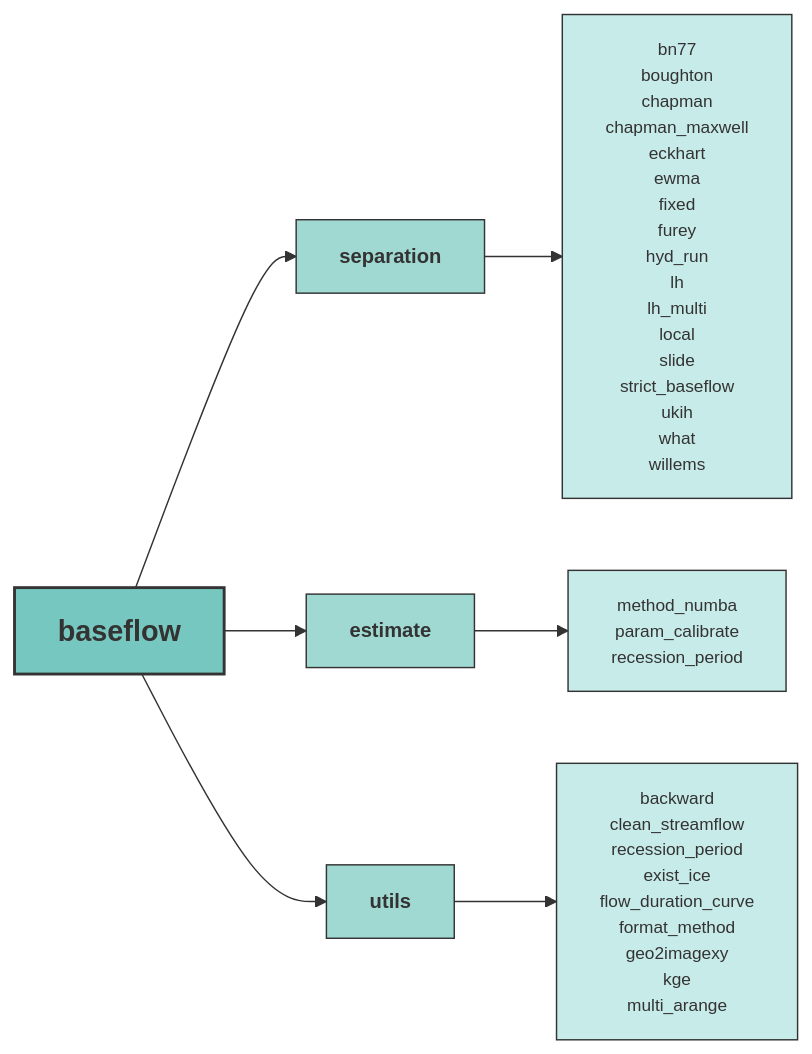
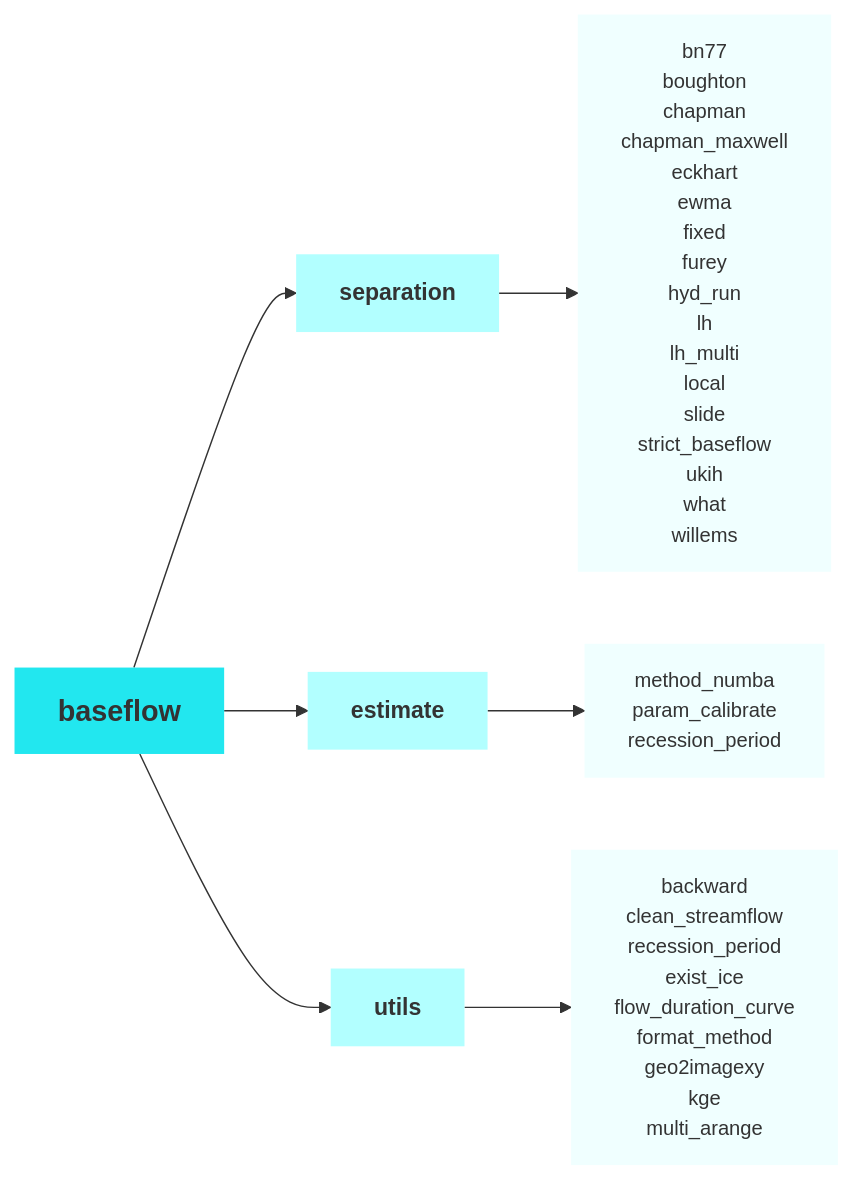
One commit to BYU-Hydroinformatics/baseflow changed the diagram in docs/index.md. Above: the diagram before and after it, drawn with Mermaid.

Commit message:
change the color of the flowchart again

````diff
--- a/docs/index.md
+++ b/docs/index.md
@@ -47,73 +47,73 @@
 ```mermaid
 %%{init: {
   'theme': 'base', 
   'themeVariables': { 
     'fontSize': '16px', 
     'fontFamily': 'Arial'
   },
   'flowchart': {
-    'nodeSpacing': 15,
-    'rankSpacing': 30,
+    'nodeSpacing': 25,
+    'rankSpacing': 25,
     'curve': 'basis'
   }
   "flowchart": {"htmlLabels": false}
 }}%%
 graph LR
     %% Define styles
-    classDef default fill:#76c7c0,stroke:#333,stroke-width:2px;
-    classDef secondLevel fill:#a0d9d2,stroke:#333,stroke-width:1px,font-size:14px;
-    classDef thirdLevel fill:#c7ebe9,stroke:#333,stroke-width:1px,font-size:12px;
+    classDef default fill:#22E7EF,stroke:#333,stroke-width:0px;
+    classDef secondLevel fill:#B2FFFF,stroke:#333,stroke-width:0px,font-size:16px;
+    classDef thirdLevel fill:#F0FFFF,stroke:#333,stroke-width:0px,font-size:14px;
 
     A[baseflow]:::default
     B[separation]:::secondLevel
     C[estimate]:::secondLevel
     D[utils]:::secondLevel
 
     A --> B
     A --> C
     A --> D
 
     newLines1["`bn77
     boughton
     chapman
     chapman_maxwell
     eckhart
     ewma
     fixed
     furey
     hyd_run
     lh
     lh_multi
     local
     slide
     strict_baseflow
     ukih
     what
     willems`"]:::thirdLevel
     B --> newLines1
 
     newLines2["`method_numba
     param_calibrate
     recession_period
     `"]:::thirdLevel
     C --> newLines2
     
     newLines3["`backward
     clean_streamflow
     recession_period
     exist_ice
     flow_duration_curve
     format_method
     geo2imagexy
     kge
     multi_arange
     `"]:::thirdLevel
     D --> newLines3
 
 
     %% Custom styles for specific nodes
     style A font-size:20px,font-weight:bold,mainBkg:#005f73
     style B font-weight:bold
     style C font-weight:bold
     style D font-weight:bold
 ```
````
